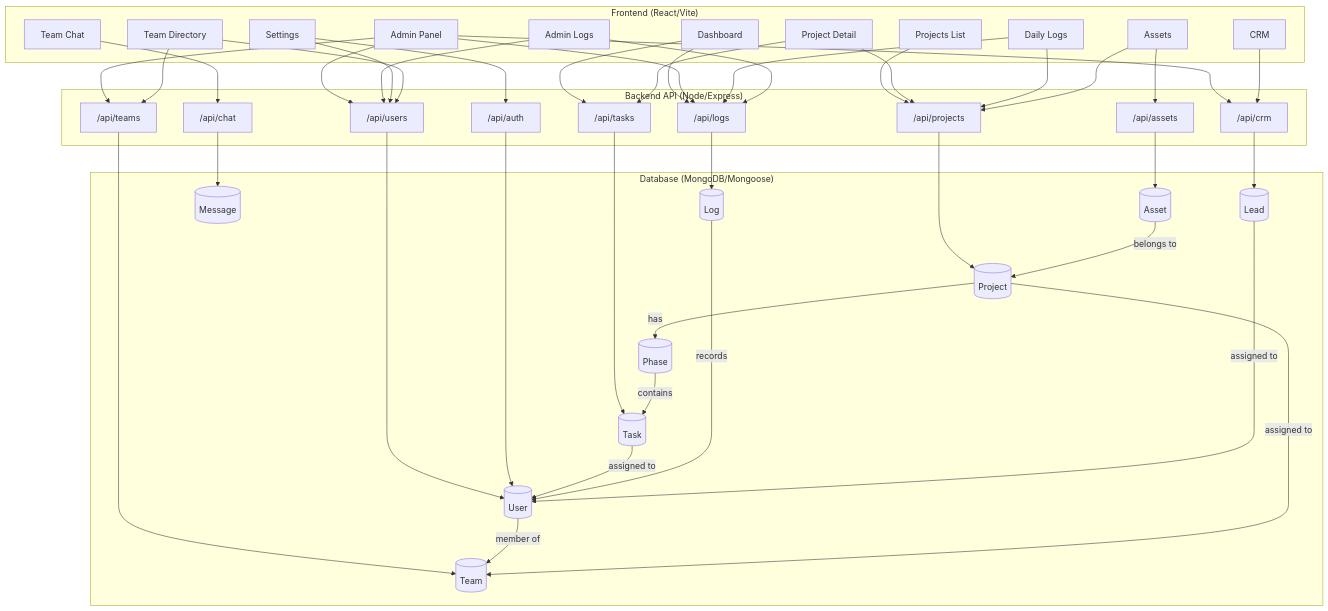
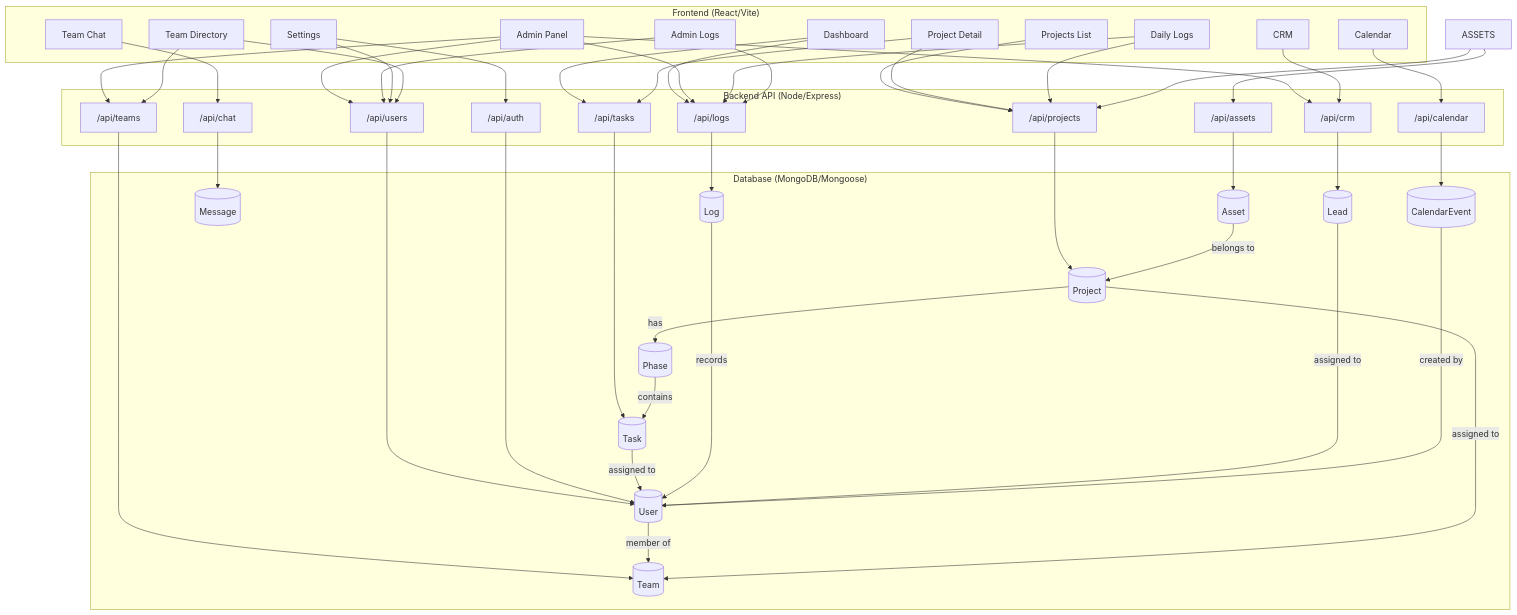
The diagram in agentic_memory/architecture_map.md (RaghavSobti37/Taskmaster), drawn with Mermaid before and after one commit. The commit also changed other lines of this file and 7 other files, not shown here.

````diff
--- a/agentic_memory/architecture_map.md
+++ b/agentic_memory/architecture_map.md
@@ -7,71 +7,76 @@
 ```mermaid
 graph TD
     subgraph Frontend ["Frontend (React/Vite)"]
         D[Dashboard]
         PL[Projects List]
         PD[Project Detail]
         AP[Admin Panel]
         DL[Daily Logs]
         AL[Admin Logs]
         CH[Team Chat]
         ST[Settings]
         CRM_F[CRM]
-        ASSETS[Assets]
         TV[Team Directory]
+        CV[Calendar]
     end
 
     subgraph API ["Backend API (Node/Express)"]
         T_API["/api/tasks"]
         P_API["/api/projects"]
         U_API["/api/users"]
         L_API["/api/logs"]
         A_API["/api/auth"]
         TM_API["/api/teams"]
         C_API["/api/chat"]
         CR_API["/api/crm"]
         AS_API["/api/assets"]
+        CAL_API["/api/calendar"]
     end
 
     subgraph Models ["Database (MongoDB/Mongoose)"]
         M_Task[(Task)]
         M_Project[(Project)]
         M_User[(User)]
         M_Log[(Log)]
         M_Phase[(Phase)]
         M_Team[(Team)]
         M_Message[(Message)]
         M_Lead[(Lead)]
         M_Asset[(Asset)]
+        M_Event[(CalendarEvent)]
     end
 
     D --> T_API & L_API
     PL --> P_API
     PD --> P_API & T_API
     AP --> U_API & L_API & TM_API & CR_API
     DL --> L_API & P_API
     AL --> L_API & U_API
     CH --> C_API
     ST --> U_API & A_API
     CRM_F --> CR_API
     ASSETS --> AS_API & P_API
     TV --> U_API & TM_API
+    CV --> CAL_API
 
     T_API --> M_Task
     P_API --> M_Project
     U_API --> M_User
     L_API --> M_Log
     A_API --> M_User
     TM_API --> M_Team
     C_API --> M_Message
     CR_API --> M_Lead
     AS_API --> M_Asset
+    CAL_API --> M_Event
 
     M_Project -- "has" --> M_Phase
     M_Phase -- "contains" --> M_Task
     M_Task -- "assigned to" --> M_User
     M_User -- "member of" --> M_Team
     M_Project -- "assigned to" --> M_Team
     M_Log -- "records" --> M_User
     M_Asset -- "belongs to" --> M_Project
     M_Lead -- "assigned to" --> M_User
+    M_Event -- "created by" --> M_User
 ```
````
